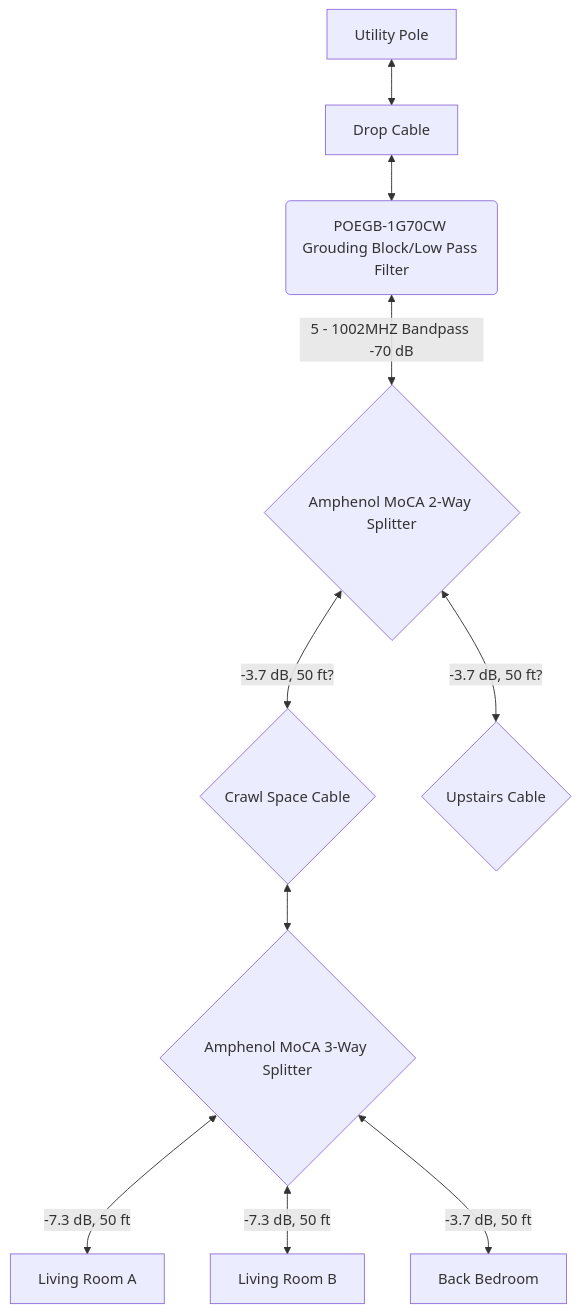
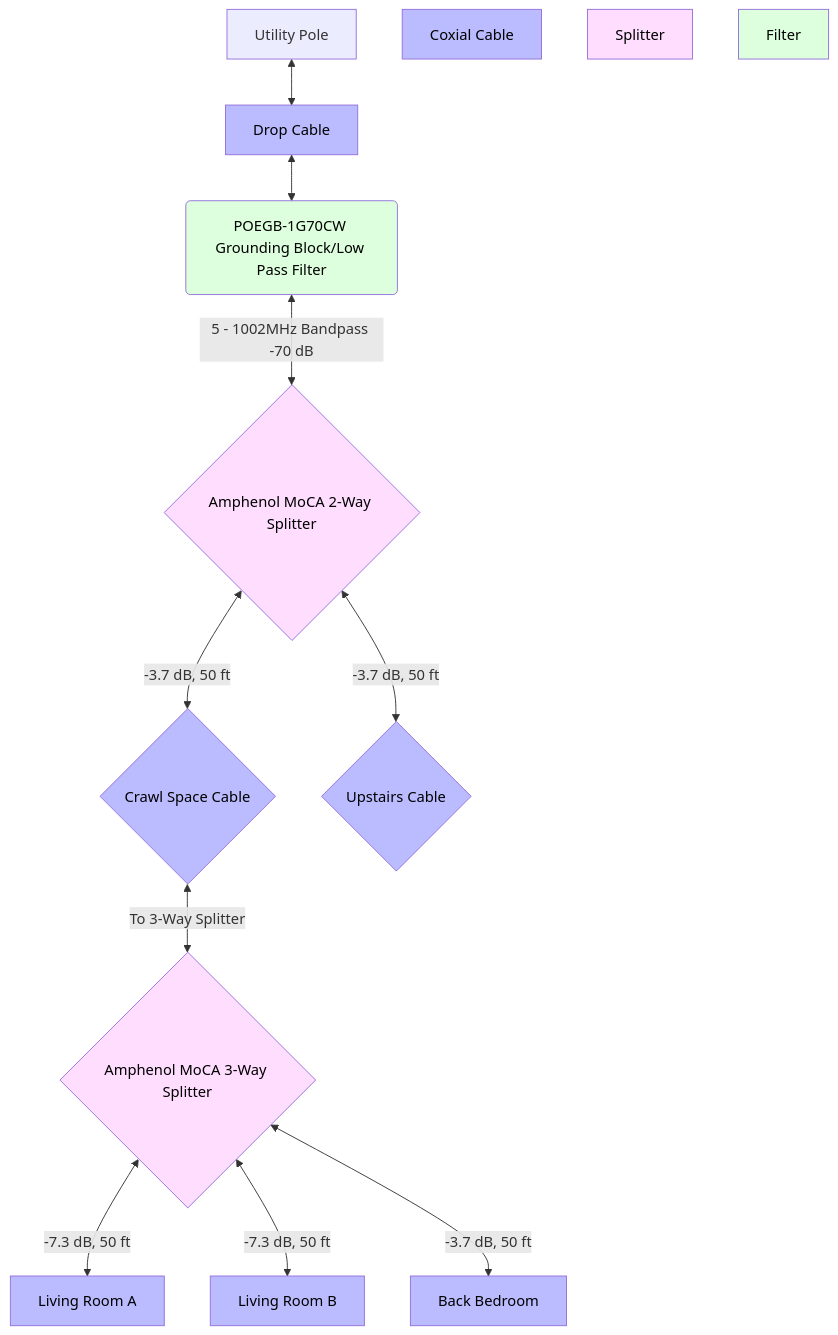
The diagram in README.md (N7Alpha/coaxial-cable-network), drawn with Mermaid before and after one commit.

Commit message:
Add a color key

````diff
--- a/README.md
+++ b/README.md
@@ -7,11 +7,24 @@
 ```mermaid
 flowchart TD
     T[Utility Pole] <--> A
-    A[Drop Cable] <--> I(POEGB-1G70CW Grouding Block/Low Pass Filter)
-    I <-->|5 - 1002MHZ Bandpass -70 dB| B{Amphenol MoCA 2-Way Splitter}
-    B <-->|-3.7 dB, 50 ft?| H{Crawl Space Cable} <--> C{Amphenol MoCA 3-Way Splitter}
-    B <-->|-3.7 dB, 50 ft?| O{Upstairs Cable}
-    C <-->|-7.3 dB, 50 ft| D[Living Room A]
-    C <-->|-7.3 dB, 50 ft| E[Living Room B]
-    C <-->|-3.7 dB, 50 ft| F[Back Bedroom]
+    A[Drop Cable] <--> I(POEGB-1G70CW Grounding Block/Low Pass Filter)
+    I <--> |5 - 1002MHz Bandpass -70 dB| B{Amphenol MoCA 2-Way Splitter}
+    B <--> | -3.7 dB, 50 ft | H{Crawl Space Cable} <--> |To 3-Way Splitter| C{Amphenol MoCA 3-Way Splitter}
+    B <--> | -3.7 dB, 50 ft | O{Upstairs Cable}
+    C <--> | -7.3 dB, 50 ft | D[Living Room A]
+    C <--> | -7.3 dB, 50 ft | E[Living Room B]
+    C <--> | -3.7 dB, 50 ft | F[Back Bedroom]
+
+    %% Color Key
+    Coaxial[Coxial Cable]
+    Splitter[Splitter]
+    Filter[Filter]
+
+    classDef coaxial fill:#bbf,color:black;
+    classDef splitter fill:#fdf,color:black;
+    classDef filter fill:#dfd,color:black;
+
+    class Coaxial,A,O,H,D,E,F coaxial;
+    class Splitter,B,C splitter;
+    class Filter,I filter;
 ```
````
